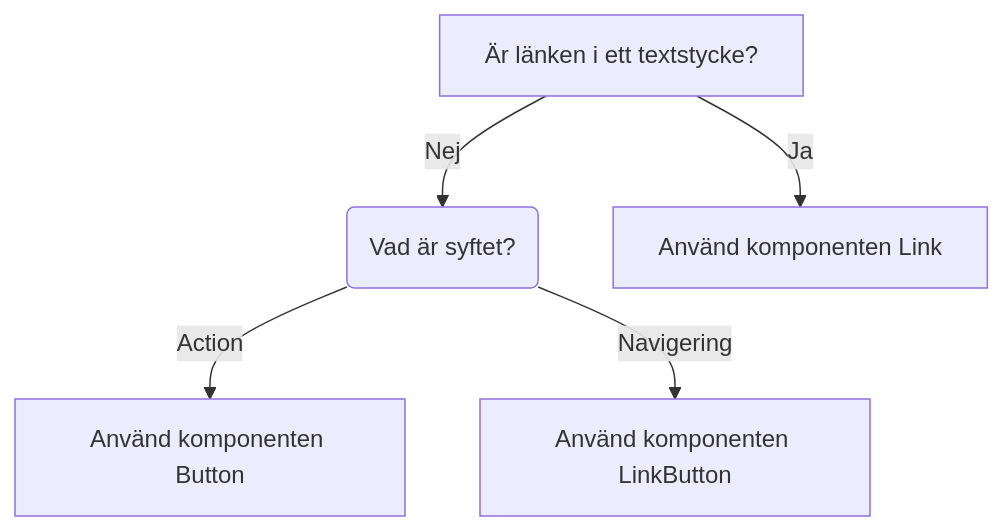
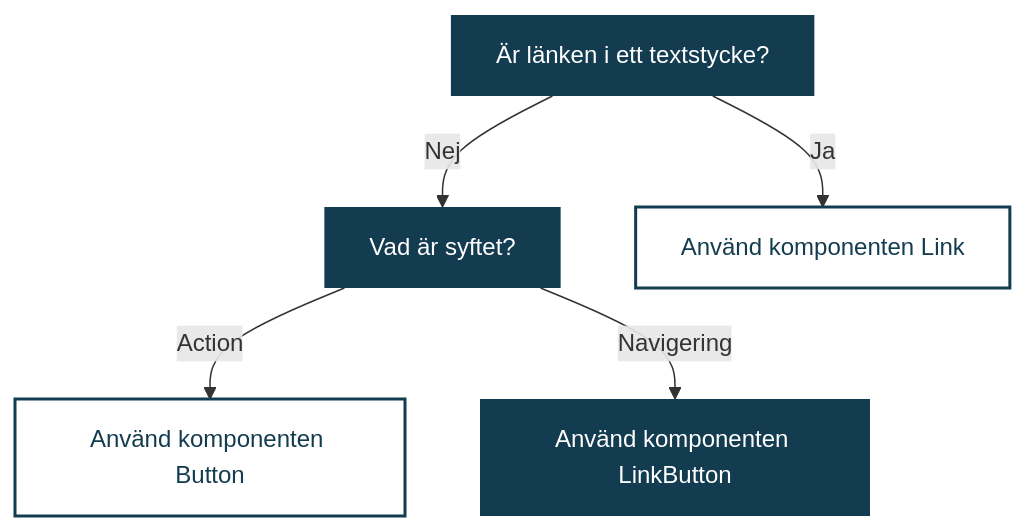
One commit to migrationsverket/midas changed the diagram in apps/docs/docs/components/link-button.mdx. Above: the diagram before and after it, drawn with Mermaid. The commit also changed 1 other file, not shown here.

Commit message:
docs: make some changes to flowchart

````diff
--- a/apps/docs/docs/components/link-button.mdx
+++ b/apps/docs/docs/components/link-button.mdx
@@ -68,7 +68,13 @@
 ```mermaid
+%%{init: {'flowchart': {'curve': 'stepbefore'}} }%%
 flowchart TD;
-    A[Är länken i ett textstycke?] -->|Nej| B(Vad är syftet?)
+    A[Är länken i ett textstycke?] -->|Nej| B[Vad är syftet?]
+    style A fill:#143C50,color:#ffffff, stroke-width:0px
+    style B fill:#143C50,color:#ffffff, stroke-width:0px
+    style C fill:#fff,color:#143C50, stroke:#143C50, stroke-width:2px
+    style D  fill:#fff,color:#143C50, stroke:#143C50, stroke-width:2px
+    style E fill:#143C50,color:#ffffff, stroke-width:0px
     A -->|Ja| C[Använd komponenten Link]
     B -->|Action| D[Använd komponenten Button]
     B -->|Navigering| E[Använd komponenten LinkButton]
 ```
````
